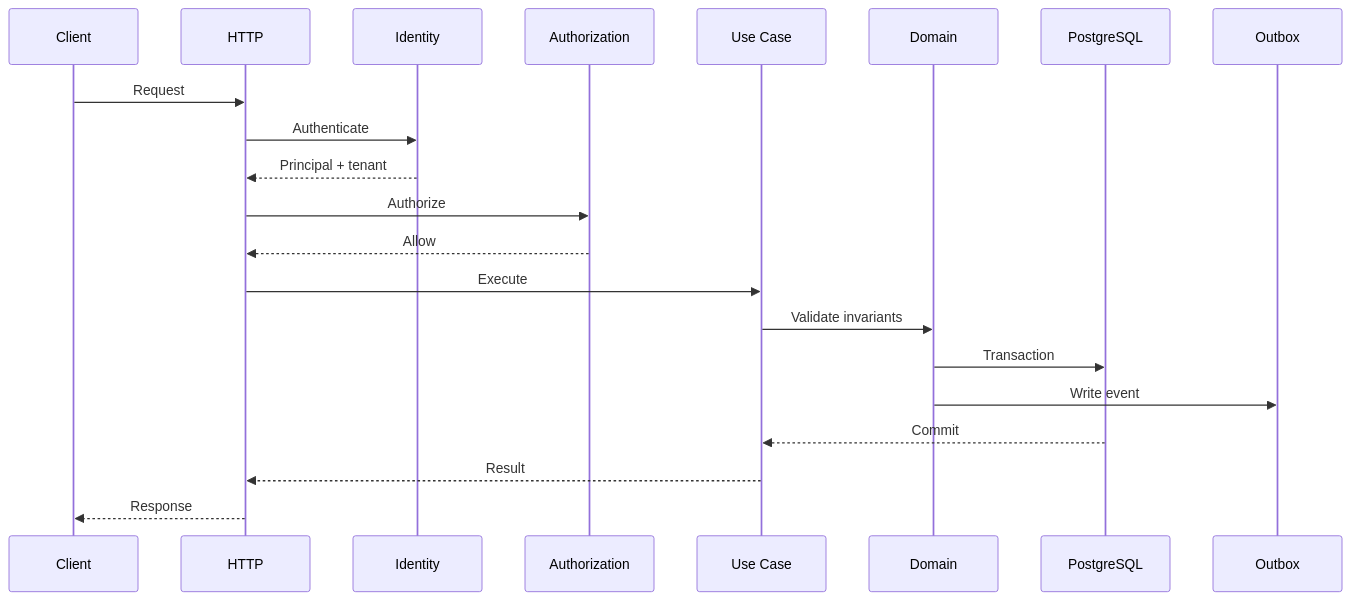
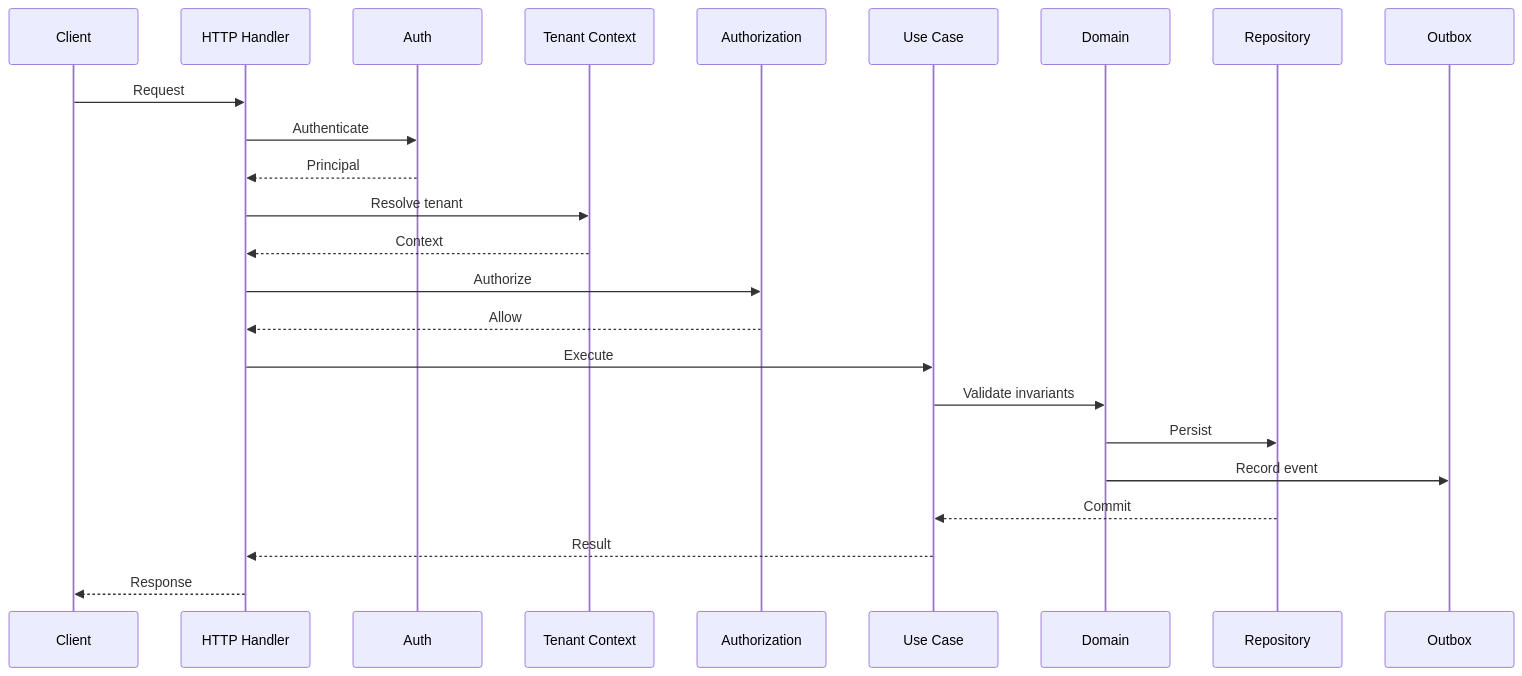
The second of 3 diagrams in docs/architecture/LLD.md (D-engahmed/OMILINKS), drawn with Mermaid before and after one commit. The commit also changed other lines of this file and 4 other files, not shown here.

Commit message:
docs: deepen high level low level deployment network and event architecture

````diff
--- a/docs/architecture/LLD.md
+++ b/docs/architecture/LLD.md
@@ -35,23 +66,26 @@
-```mermaid
+~~~mermaid
 sequenceDiagram
 participant C as Client
-participant A as HTTP
-participant I as Identity
+participant H as HTTP Handler
+participant A as Auth
+participant T as Tenant Context
 participant Z as Authorization
 participant U as Use Case
 participant D as Domain
-participant DB as PostgreSQL
+participant R as Repository
 participant O as Outbox
-C->>A: Request
-A->>I: Authenticate
-I-->>A: Principal + tenant
-A->>Z: Authorize
-Z-->>A: Allow
-A->>U: Execute
+C->>H: Request
+H->>A: Authenticate
+A-->>H: Principal
+H->>T: Resolve tenant
+T-->>H: Context
+H->>Z: Authorize
+Z-->>H: Allow
+H->>U: Execute
 U->>D: Validate invariants
-D->>DB: Transaction
-D->>O: Write event
-DB-->>U: Commit
-U-->>A: Result
-A-->>C: Response
-```
+D->>R: Persist
+D->>O: Record event
+R-->>U: Commit
+U-->>H: Result
+H-->>C: Response
+~~~
````
